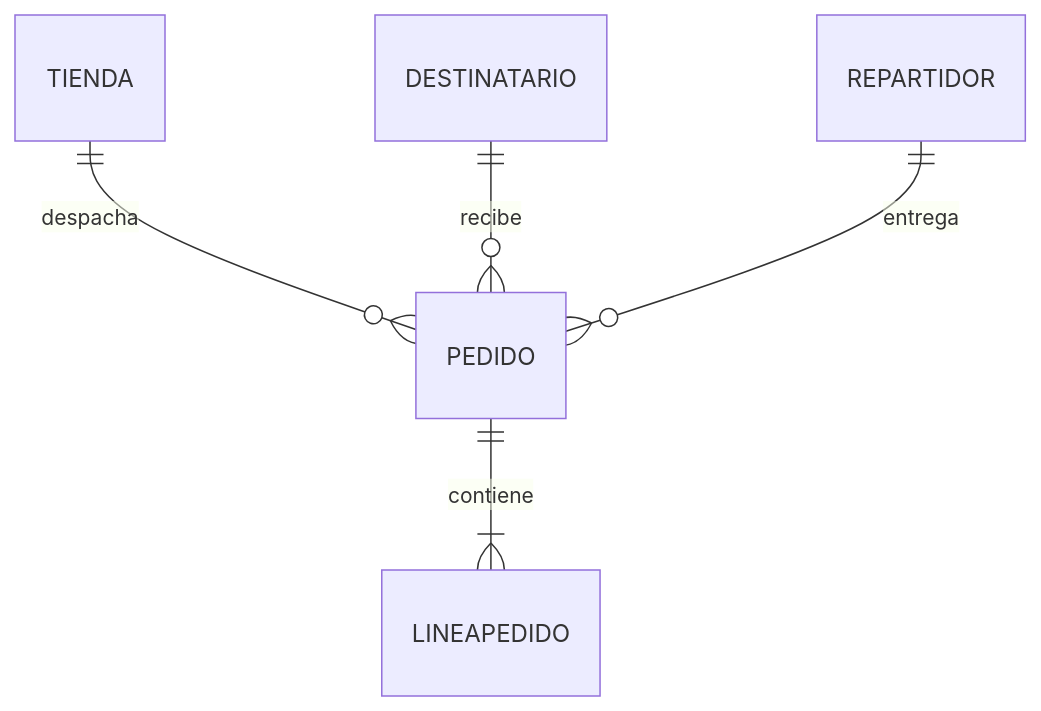
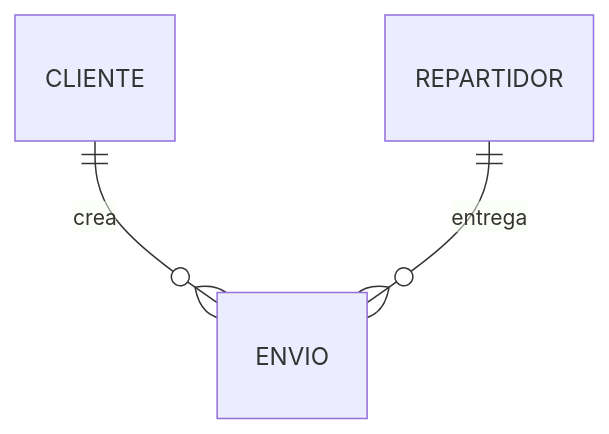
The second of 3 diagrams in README.md (willrl20/Despacho-entregas), drawn with Mermaid before and after one commit. The commit also changed other lines of this file, not shown here.

````diff
--- a/README.md
+++ b/README.md
@@ -83,7 +81,5 @@
 ```mermaid
 erDiagram
-    TIENDA       ||--o{ PEDIDO       : despacha
-    DESTINATARIO ||--o{ PEDIDO       : recibe
-    REPARTIDOR   ||--o{ PEDIDO       : entrega
-    PEDIDO       ||--|{ LINEAPEDIDO  : contiene
+    CLIENTE    ||--o{ ENVIO : crea
+    REPARTIDOR ||--o{ ENVIO : entrega
 ```
````
